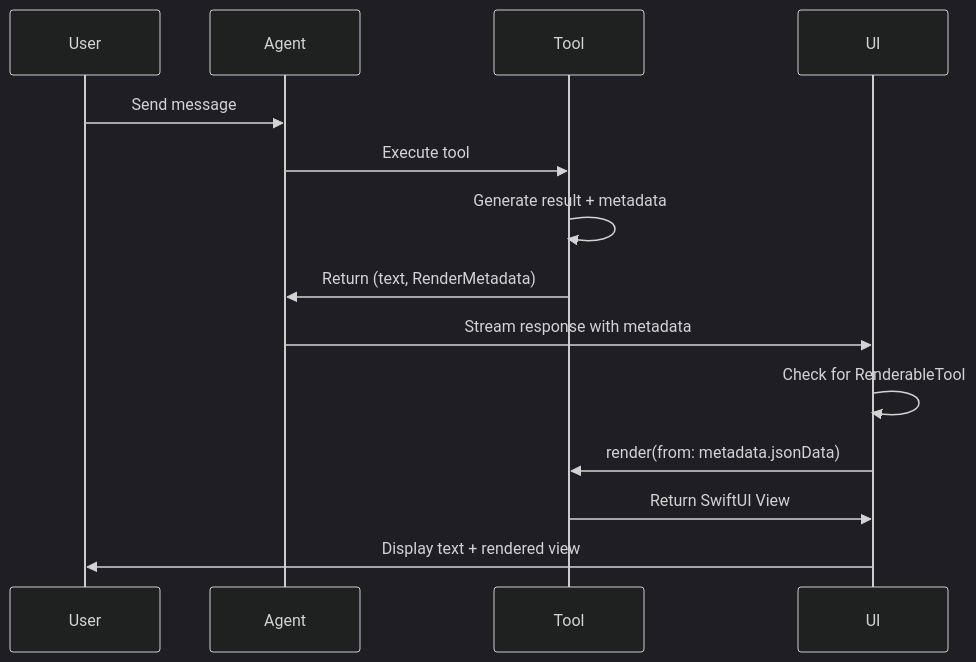
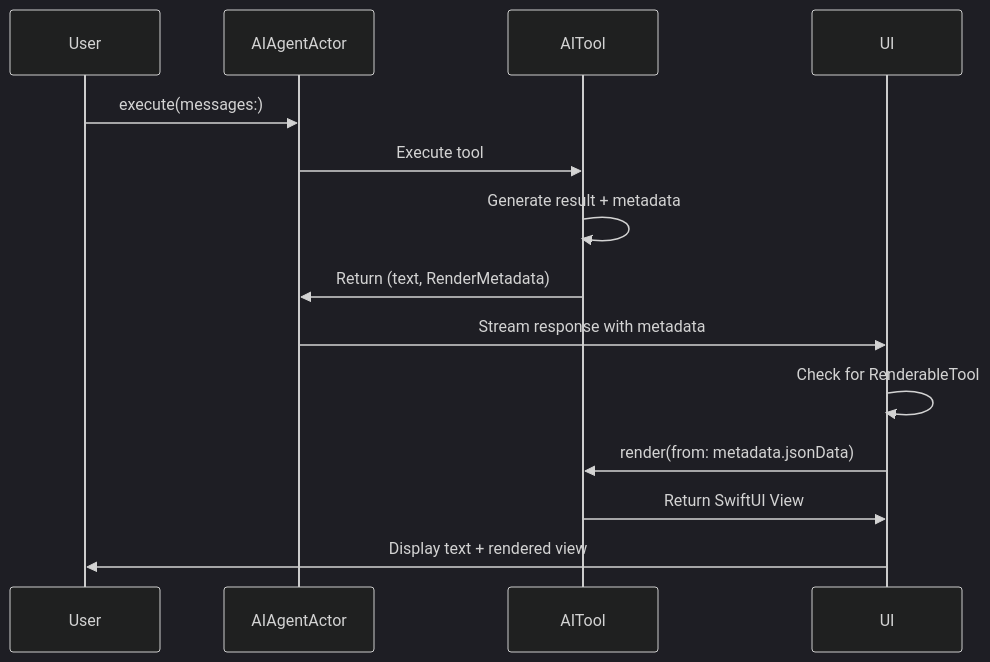
Before and after one commit to DanielhCarranza/AISDK: the third of 3 diagrams in Sources/AISDK/docs/AISDK.md, drawn with Mermaid (dark theme). The commit also changed other lines of this file and 8 other files, not shown here.

````diff
--- a/Sources/AISDK/docs/AISDK.md
+++ b/Sources/AISDK/docs/AISDK.md
@@ -419,17 +414,17 @@
 ```mermaid
 sequenceDiagram
     participant User
-    participant Agent
-    participant Tool
+    participant AIAgentActor
+    participant AITool
     participant UI
-    
-    User->>Agent: Send message
-    Agent->>Tool: Execute tool
-    Tool->>Tool: Generate result + metadata
-    Tool->>Agent: Return (text, RenderMetadata)
-    Agent->>UI: Stream response with metadata
+
+    User->>AIAgentActor: execute(messages:)
+    AIAgentActor->>AITool: Execute tool
+    AITool->>AITool: Generate result + metadata
+    AITool->>AIAgentActor: Return (text, RenderMetadata)
+    AIAgentActor->>UI: Stream response with metadata
     UI->>UI: Check for RenderableTool
-    UI->>Tool: render(from: metadata.jsonData)
-    Tool->>UI: Return SwiftUI View
+    UI->>AITool: render(from: metadata.jsonData)
+    AITool->>UI: Return SwiftUI View
     UI->>User: Display text + rendered view
 ```
````
